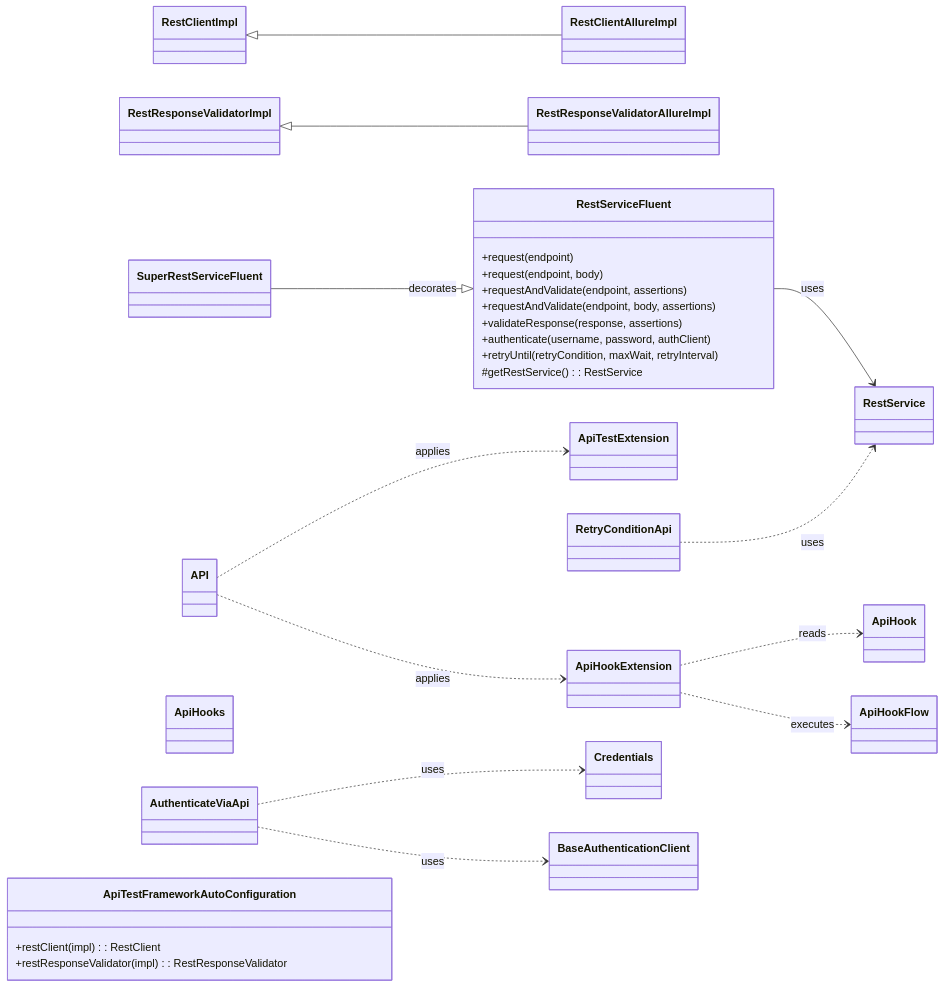
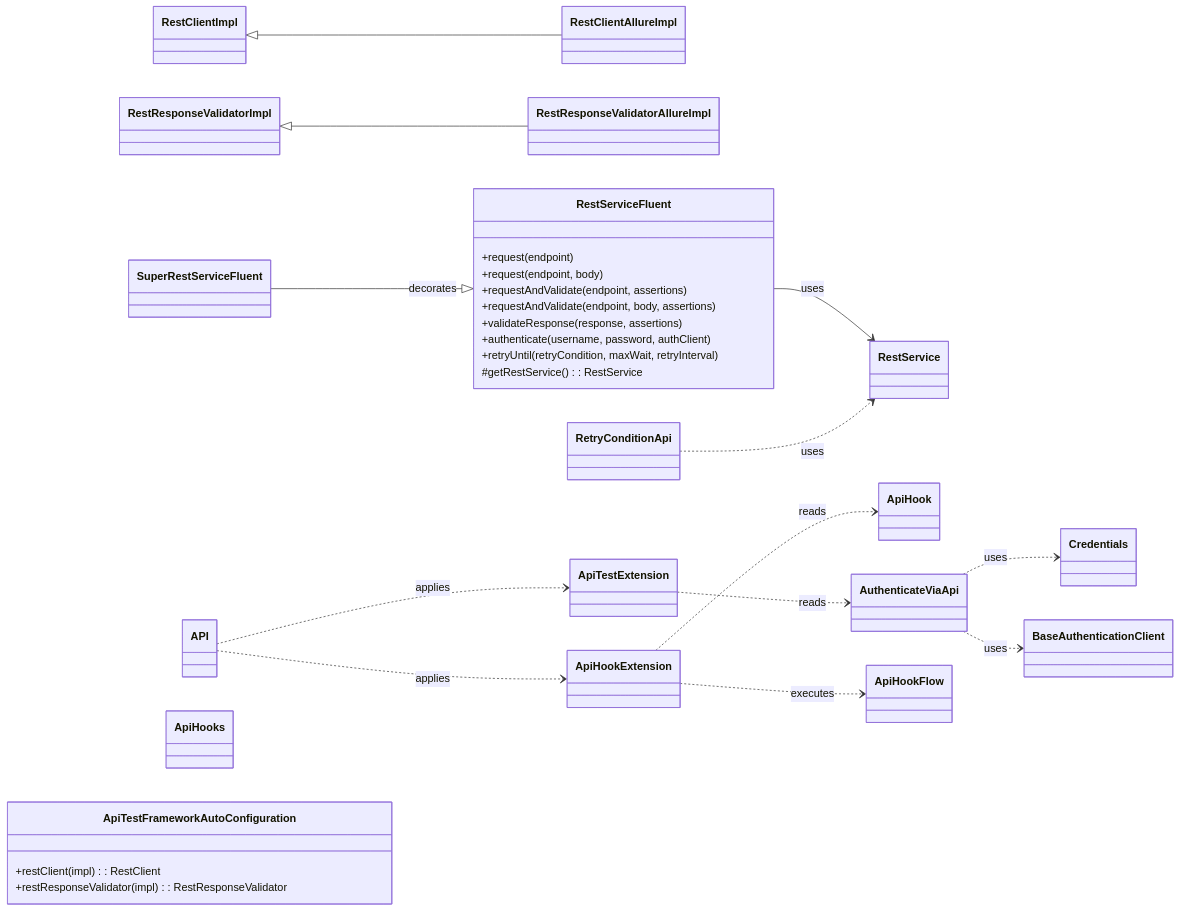
Before and after one commit to CyborgCodeSyndicate/roa-libraries: the first of 3 diagrams in api-interactor-test-framework-adapter/README.md, drawn with Mermaid. The commit also changed other lines of this file and 1 other file, not shown here.

````diff
--- a/api-interactor-test-framework-adapter/README.md
+++ b/api-interactor-test-framework-adapter/README.md
@@ -72,44 +264,50 @@
 ```mermaid
 classDiagram
     direction LR
-
     RestClientImpl <|-- RestClientAllureImpl
     RestResponseValidatorImpl <|-- RestResponseValidatorAllureImpl
 
     class RestServiceFluent {
         +request(endpoint)
         +request(endpoint, body)
         +requestAndValidate(endpoint, assertions)
         +requestAndValidate(endpoint, body, assertions)
         +validateResponse(response, assertions)
         +authenticate(username, password, authClient)
         +retryUntil(retryCondition, maxWait, retryInterval)
-        #getRestService() : RestService
+        #getRestService(): RestService
     }
-    RestServiceFluent --> RestService : uses
-    SuperRestServiceFluent --|> RestServiceFluent : decorates
+    class SuperRestServiceFluent
+    class RestService
+
+    RestServiceFluent --> RestService: uses
+    SuperRestServiceFluent --|> RestServiceFluent: decorates
 
     class API
     class ApiHook
     class ApiHooks
     class AuthenticateViaApi
-    API ..> ApiTestExtension : applies
-    API ..> ApiHookExtension : applies
+    class Credentials
+    class BaseAuthenticationClient
+
+    API ..> ApiTestExtension: applies
+    API ..> ApiHookExtension: applies
 
     class ApiHookExtension
     class ApiTestExtension
     class ApiHookFlow
-    ApiHookExtension ..> ApiHook : reads
-    ApiHookExtension ..> ApiHookFlow : executes
+
+    ApiHookExtension ..> ApiHook: reads
+    ApiHookExtension ..> ApiHookFlow: executes
+    ApiTestExtension ..> AuthenticateViaApi: reads
+    AuthenticateViaApi ..> Credentials: uses
+    AuthenticateViaApi ..> BaseAuthenticationClient: uses
 
     class RetryConditionApi
-    RetryConditionApi ..> RestService : uses
+    RetryConditionApi ..> RestService: uses
 
     class ApiTestFrameworkAutoConfiguration {
         +restClient(impl): RestClient
         +restResponseValidator(impl): RestResponseValidator
     }
-
-    AuthenticateViaApi ..> Credentials : uses
-    AuthenticateViaApi ..> BaseAuthenticationClient : uses
 ```
````
